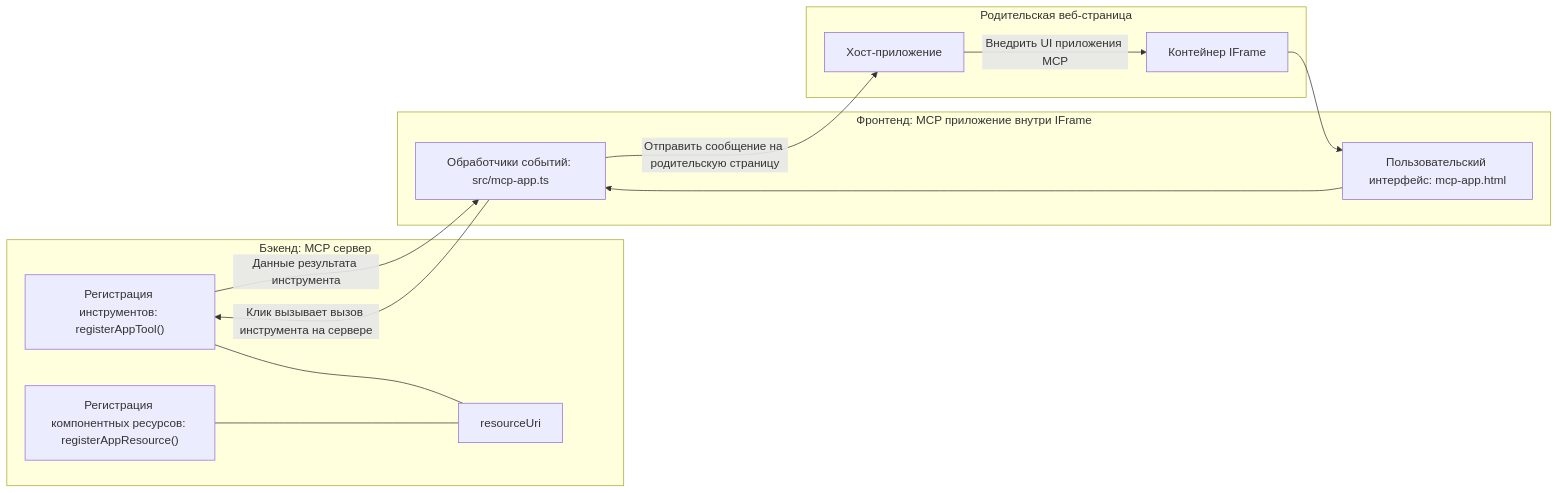
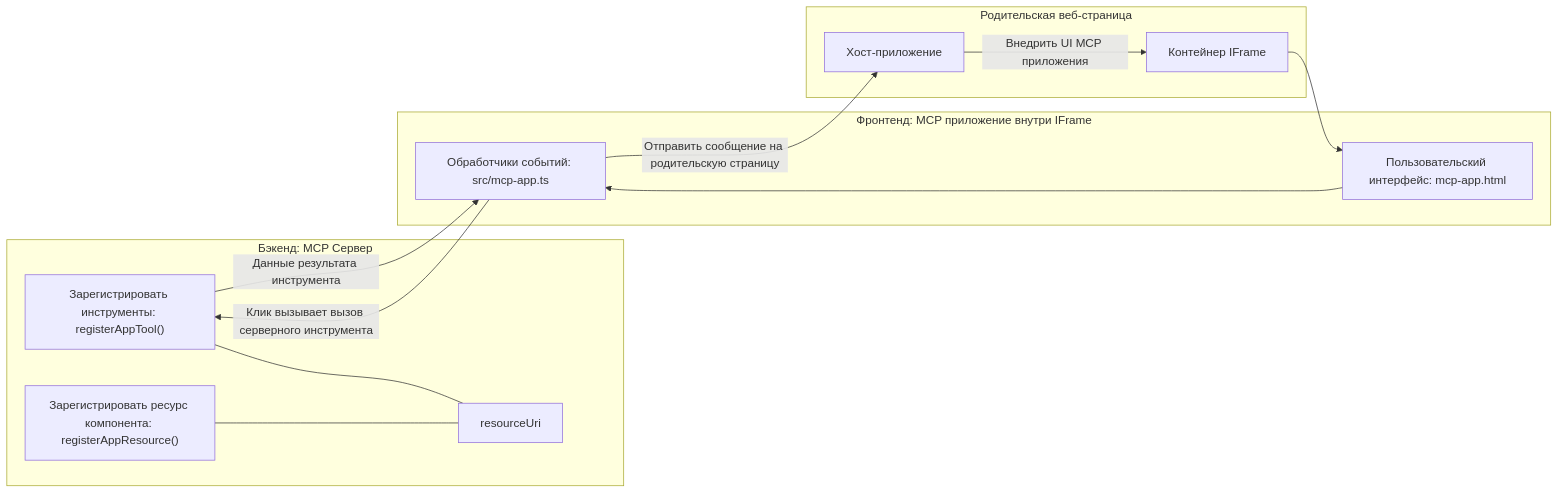
One commit to HIDORAKAI002/ai-workspace-archive changed the diagram in mcp_ecosystem__model_context_protocol/mcp_learning_resources/mcp-for-beginners/translations/ru/03-GettingStarted/15-mcp-apps/README.md. Above: the diagram before and after it, drawn with Mermaid. The commit also changed other lines of this file and 1160 other files, not shown here.

````diff
--- a/mcp_ecosystem__model_context_protocol/mcp_learning_resources/mcp-for-beginners/translations/ru/03-GettingStarted/15-mcp-apps/README.md
+++ b/mcp_ecosystem__model_context_protocol/mcp_learning_resources/mcp-for-beginners/translations/ru/03-GettingStarted/15-mcp-apps/README.md
@@ -32,27 +32,27 @@
 ```mermaid
 flowchart LR
-  subgraph Backend[Бэкенд: MCP сервер]
-    T["Регистрация инструментов: registerAppTool()"]
-    C["Регистрация компонентных ресурсов: registerAppResource()"]
+  subgraph Backend[Бэкенд: MCP Сервер]
+    T["Зарегистрировать инструменты: registerAppTool()"]
+    C["Зарегистрировать ресурс компонента: registerAppResource()"]
     U[resourceUri]
     T --- U
     C --- U
   end
 
   subgraph Parent[Родительская веб-страница]
     H[Хост-приложение]
     IFRAME[Контейнер IFrame]
-    H -->|Внедрить UI приложения MCP| IFRAME
+    H -->|Внедрить UI MCP приложения| IFRAME
   end
 
   subgraph Frontend[Фронтенд: MCP приложение внутри IFrame]
     UI["Пользовательский интерфейс: mcp-app.html"]
     EH["Обработчики событий: src/mcp-app.ts"]
     UI --> EH
   end
 
   IFRAME --> UI
-  EH -->|Клик вызывает вызов инструмента на сервере| T
+  EH -->|Клик вызывает вызов серверного инструмента| T
   T -->|Данные результата инструмента| EH
   EH -->|Отправить сообщение на родительскую страницу| H
 ```
````
